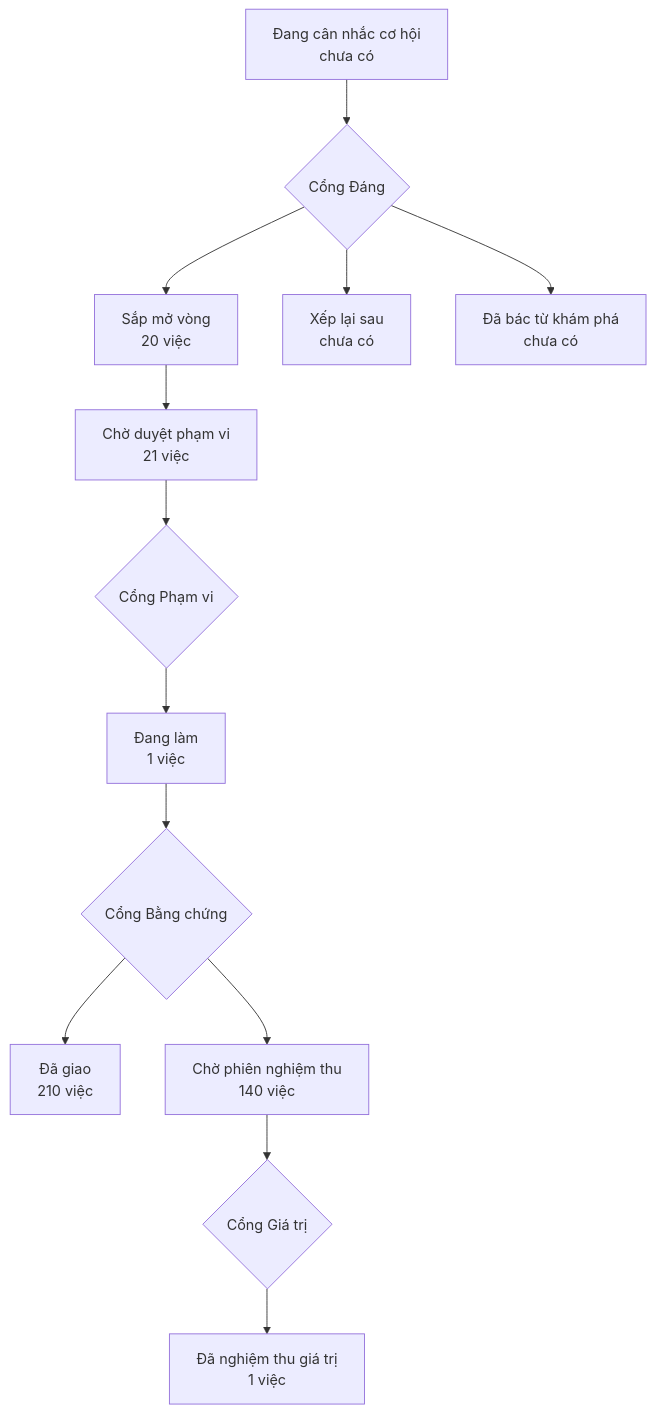
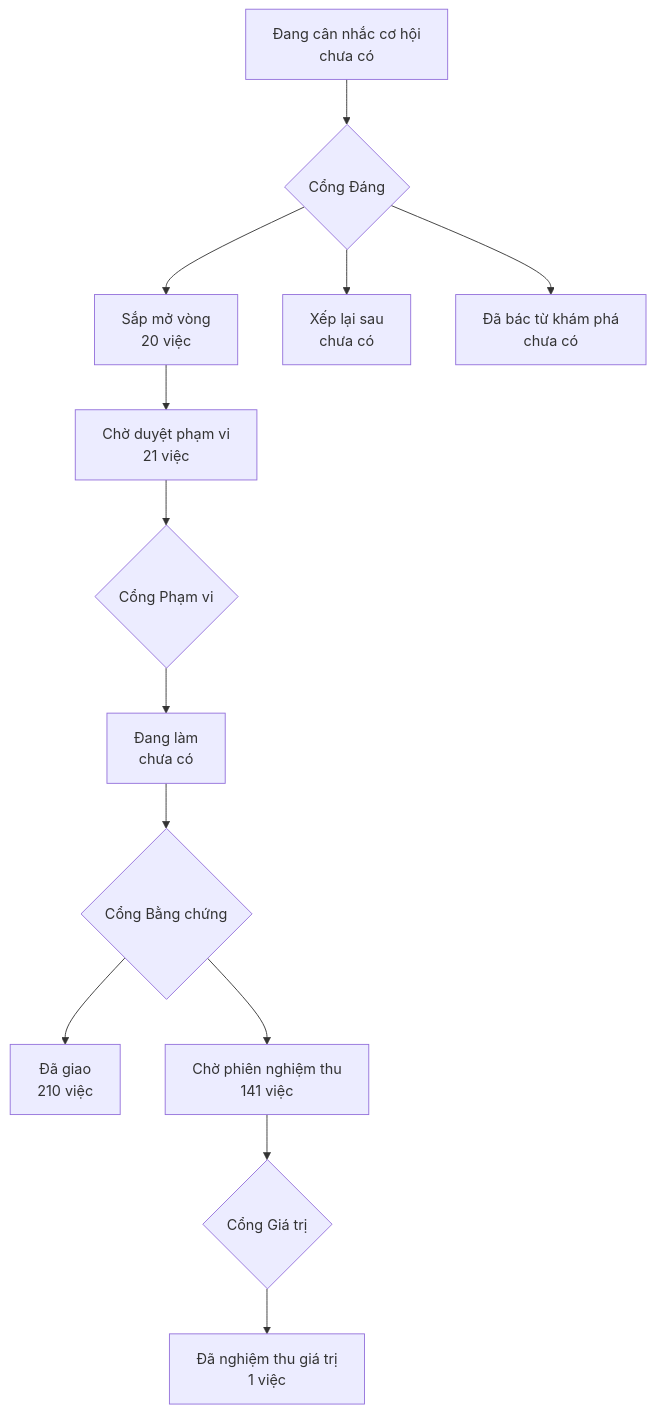
One commit to phanlemanh/onehub-invest changed the diagram in PRODUCT-MAP.md. Above: the diagram before and after it, drawn with Mermaid. The commit also changed other lines of this file and 6 other files, not shown here.

````diff
--- a/PRODUCT-MAP.md
+++ b/PRODUCT-MAP.md
@@ -7,12 +7,12 @@
 ```mermaid
 flowchart TD
   A["Đang cân nhắc cơ hội<br/>chưa có"] --> GD{"Cổng Đáng"}
   GD --> B["Sắp mở vòng<br/>20 việc"]
   GD --> XL["Xếp lại sau<br/>chưa có"]
   GD --> DB["Đã bác từ khám phá<br/>chưa có"]
   B --> CD["Chờ duyệt phạm vi<br/>21 việc"] --> GP{"Cổng Phạm vi"}
-  GP --> DL["Đang làm<br/>1 việc"] --> GB{"Cổng Bằng chứng"}
+  GP --> DL["Đang làm<br/>chưa có"] --> GB{"Cổng Bằng chứng"}
   GB --> DG["Đã giao<br/>210 việc"]
-  GB --> CN["Chờ phiên nghiệm thu<br/>140 việc"] --> GG{"Cổng Giá trị"}
+  GB --> CN["Chờ phiên nghiệm thu<br/>141 việc"] --> GG{"Cổng Giá trị"}
   GG --> NT["Đã nghiệm thu giá trị<br/>1 việc"]
 ```
````
